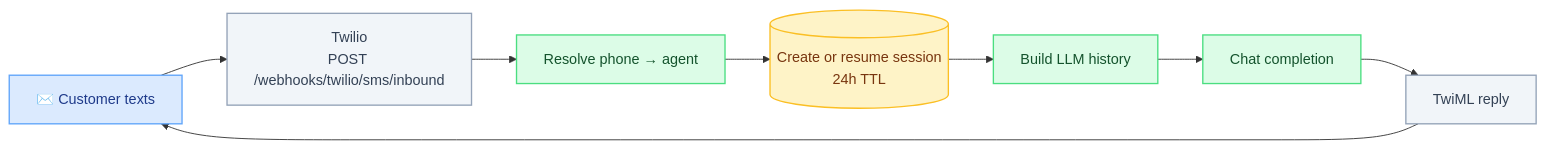
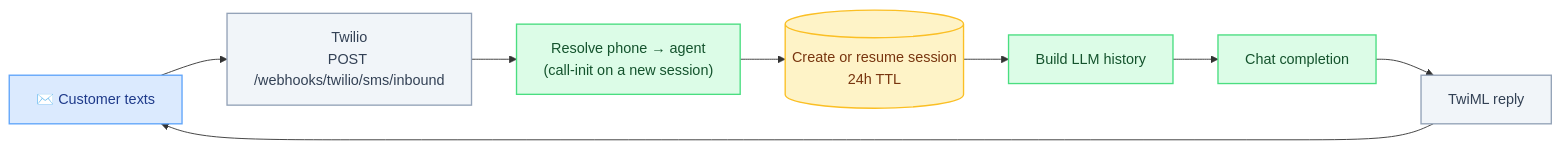
The diagram in docs/guides/sms-chat.mdx (kobikis/turncall), drawn with Mermaid before and after one commit. The commit also changed other lines of this file and 18 other files, not shown here.

First line of the commit message:
feat: template variables in text conversations; call-init on SMS and WhatsApp text (#281)

````diff
--- a/docs/guides/sms-chat.mdx
+++ b/docs/guides/sms-chat.mdx
@@ -11,19 +11,19 @@
 ```mermaid
 flowchart LR
     C["✉️ Customer texts"] --> T["Twilio<br/>POST /webhooks/twilio/sms/inbound"]
-    T --> R["Resolve phone → agent"]
+    T --> R["Resolve phone → agent<br/>(call-init on a new session)"]
     R --> S[("Create or resume session<br/>24h TTL")]
     S --> H["Build LLM history"]
     H --> L["Chat completion"]
     L --> OUT["TwiML reply"]
     OUT --> C
 
     classDef client fill:#dbeafe,stroke:#60a5fa,stroke-width:1.5px,color:#1e3a8a
     classDef vendor fill:#f1f5f9,stroke:#94a3b8,stroke-width:1.5px,color:#334155
     classDef core fill:#dcfce7,stroke:#4ade80,stroke-width:1.5px,color:#14532d
     classDef store fill:#fef3c7,stroke:#fbbf24,stroke-width:1.5px,color:#78350f
     class C client
     class T,OUT vendor
     class R,H,L core
     class S store
 ```
````
